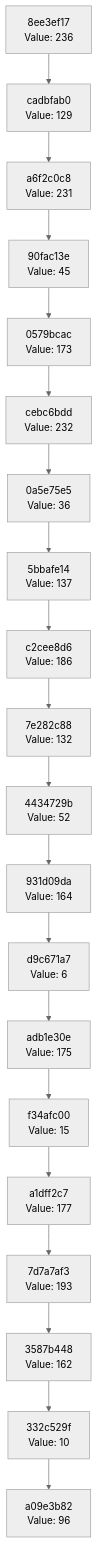
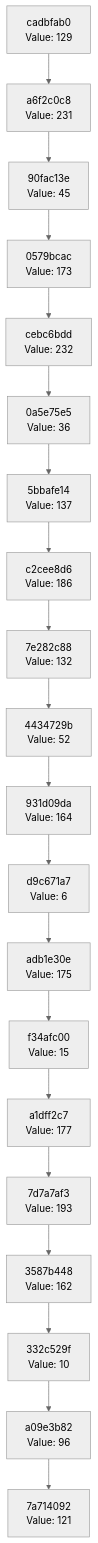
The diagram in docs/CHAIN_VISUALIZATION.md (Abhisheksinha1506/hash-chain-evolver), drawn with Mermaid (neutral theme) before and after one commit. The commit also changed 2 other files, not shown here.

Commit message:
Evolution Step

````diff
--- a/docs/CHAIN_VISUALIZATION.md
+++ b/docs/CHAIN_VISUALIZATION.md
@@ -3,42 +3,42 @@
 ```mermaid
 graph TD
-    C0["a09e3b82<br/>Value: 96"]
-    C1["332c529f<br/>Value: 10"]
+    C0["7a714092<br/>Value: 121"]
+    C1["a09e3b82<br/>Value: 96"]
     C1 --> C0
-    C2["3587b448<br/>Value: 162"]
+    C2["332c529f<br/>Value: 10"]
     C2 --> C1
-    C3["7d7a7af3<br/>Value: 193"]
+    C3["3587b448<br/>Value: 162"]
     C3 --> C2
-    C4["a1dff2c7<br/>Value: 177"]
+    C4["7d7a7af3<br/>Value: 193"]
     C4 --> C3
-    C5["f34afc00<br/>Value: 15"]
+    C5["a1dff2c7<br/>Value: 177"]
     C5 --> C4
-    C6["adb1e30e<br/>Value: 175"]
+    C6["f34afc00<br/>Value: 15"]
     C6 --> C5
-    C7["d9c671a7<br/>Value: 6"]
+    C7["adb1e30e<br/>Value: 175"]
     C7 --> C6
-    C8["931d09da<br/>Value: 164"]
+    C8["d9c671a7<br/>Value: 6"]
     C8 --> C7
-    C9["4434729b<br/>Value: 52"]
+    C9["931d09da<br/>Value: 164"]
     C9 --> C8
-    C10["7e282c88<br/>Value: 132"]
+    C10["4434729b<br/>Value: 52"]
     C10 --> C9
-    C11["c2cee8d6<br/>Value: 186"]
+    C11["7e282c88<br/>Value: 132"]
     C11 --> C10
-    C12["5bbafe14<br/>Value: 137"]
+    C12["c2cee8d6<br/>Value: 186"]
     C12 --> C11
-    C13["0a5e75e5<br/>Value: 36"]
+    C13["5bbafe14<br/>Value: 137"]
     C13 --> C12
-    C14["cebc6bdd<br/>Value: 232"]
+    C14["0a5e75e5<br/>Value: 36"]
     C14 --> C13
-    C15["0579bcac<br/>Value: 173"]
+    C15["cebc6bdd<br/>Value: 232"]
     C15 --> C14
-    C16["90fac13e<br/>Value: 45"]
+    C16["0579bcac<br/>Value: 173"]
     C16 --> C15
-    C17["a6f2c0c8<br/>Value: 231"]
+    C17["90fac13e<br/>Value: 45"]
     C17 --> C16
-    C18["cadbfab0<br/>Value: 129"]
+    C18["a6f2c0c8<br/>Value: 231"]
     C18 --> C17
-    C19["8ee3ef17<br/>Value: 236"]
+    C19["cadbfab0<br/>Value: 129"]
     C19 --> C18
 ```
````
